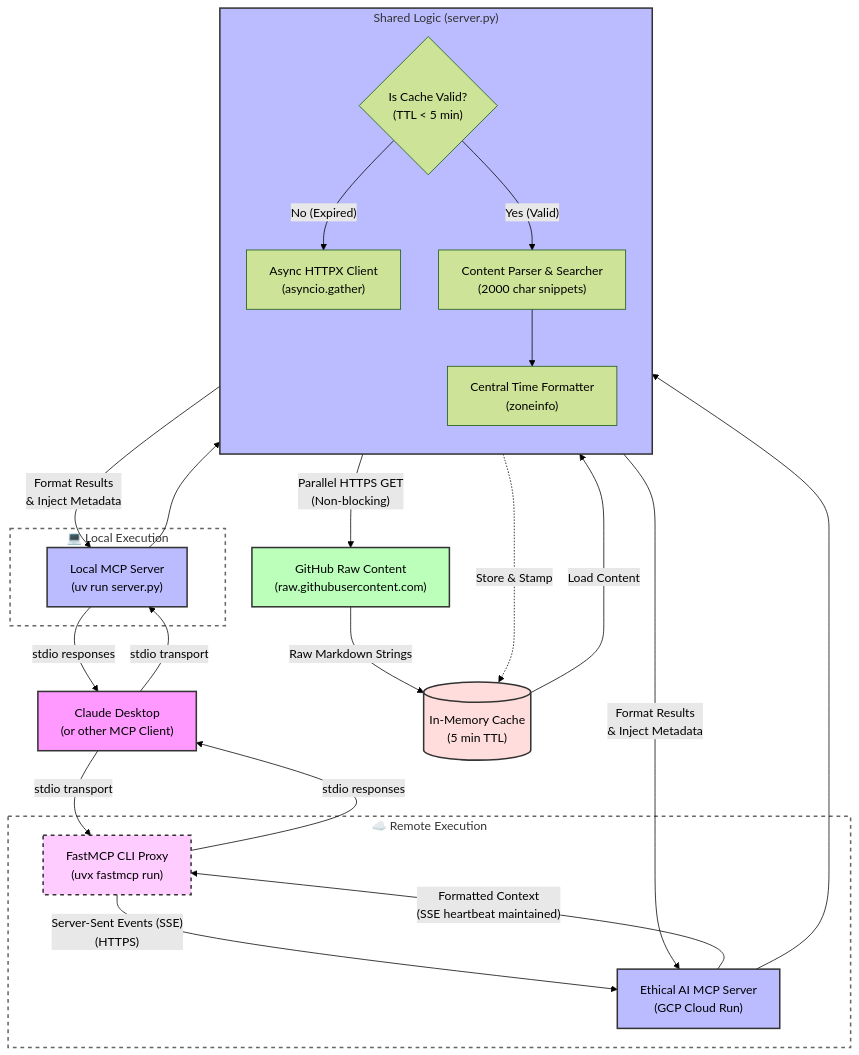
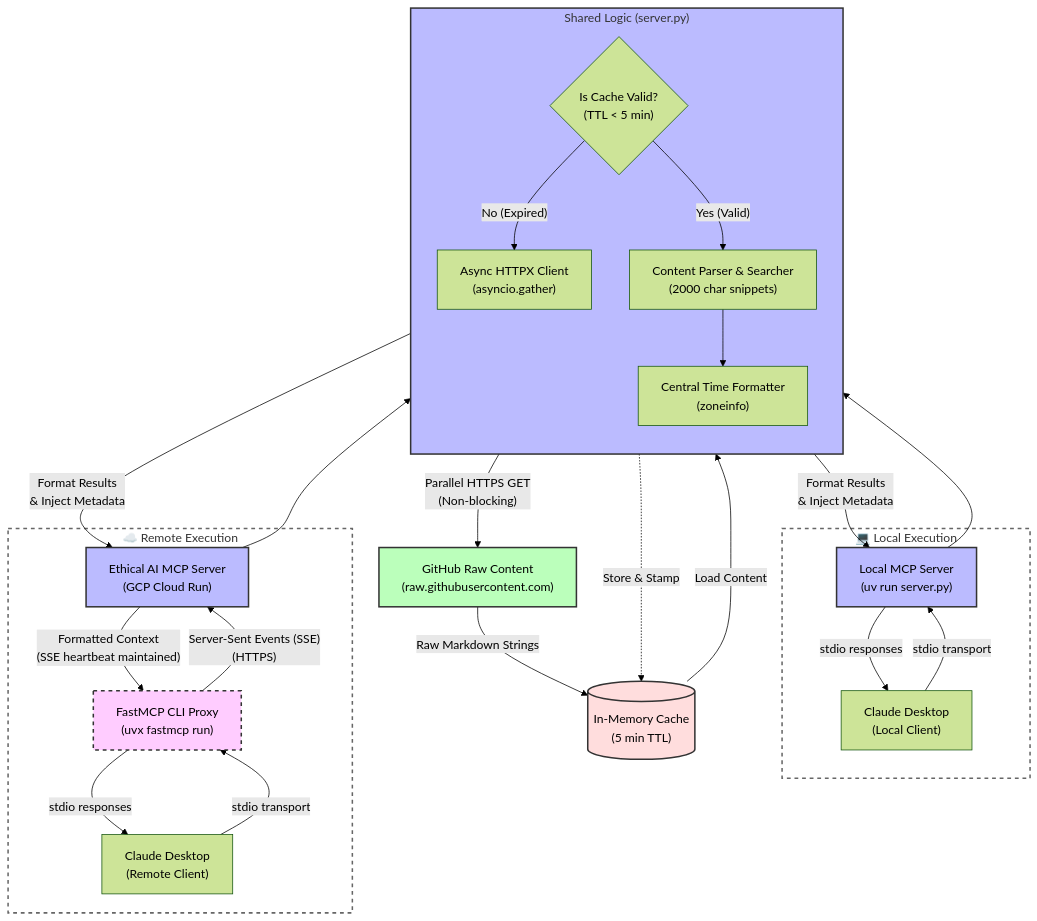
One commit to lynnlangit/learning-ethical-ai changed the diagram in 08-mcp-server/README.md. Above: the diagram before and after it, drawn with Mermaid (forest theme). The commit also changed 2 other files, not shown here.

Commit message:
update diagram again

````diff
--- a/08-mcp-server/README.md
+++ b/08-mcp-server/README.md
@@ -93,69 +93,67 @@
 ```mermaid
 flowchart TD
-    %% Define Nodes
-    Claude["Claude Desktop<br>(or other MCP Client)"]
-    
+    %% Client Setups
     subgraph Local_Setup["💻 Local Execution"]
+        ClaudeL["Claude Desktop<br>(Local Client)"]
         LocalServer["Local MCP Server<br>(uv run server.py)"]
+        ClaudeL -- "stdio transport" --> LocalServer
     end
     
     subgraph Remote_Setup["☁️ Remote Execution"]
+        ClaudeR["Claude Desktop<br>(Remote Client)"]
         FastMCPProxy["FastMCP CLI Proxy<br>(uvx fastmcp run)"]
         CloudServer["Ethical AI MCP Server<br>(GCP Cloud Run)"]
+        ClaudeR -- "stdio transport" --> FastMCPProxy
+        FastMCPProxy -- "Server-Sent Events (SSE)<br>(HTTPS)" --> CloudServer
     end
-    
-    %% Client Routing
-    Claude -- "stdio transport" --> LocalServer
-    Claude -- "stdio transport" --> FastMCPProxy
-    FastMCPProxy -- "Server-Sent Events (SSE)<br>(HTTPS)" --> CloudServer
     
     %% Shared Server Logic
     subgraph Server_Internals["Shared Logic (server.py)"]
         direction TB
         Router{"Is Cache Valid?<br>(TTL < 5 min)"}
         Fetchers["Async HTTPX Client<br>(asyncio.gather)"]
         Parser["Content Parser & Searcher<br>(2000 char snippets)"]
         Timestamp["Central Time Formatter<br>(zoneinfo)"]
     end
     
     LocalServer --> Router
     CloudServer --> Router
     
     %% Cache & External Storage
     Cache[("In-Memory Cache<br>(5 min TTL)")]
     GitHub["GitHub Raw Content<br>(raw.githubusercontent.com)"]
     
     %% Internal Logic Workflows
     Router -- "No (Expired)" --> Fetchers
     Router -- "Yes (Valid)" --> Parser
     
     Fetchers -- "Parallel HTTPS GET<br>(Non-blocking)" --> GitHub
     GitHub -- "Raw Markdown Strings" --> Cache
     Fetchers -. "Store & Stamp" .-> Cache
     
     Cache -- "Load Content" --> Parser
     Parser --> Timestamp
     
     %% Serving Results
     Timestamp -- "Format Results<br>& Inject Metadata" --> LocalServer
     Timestamp -- "Format Results<br>& Inject Metadata" --> CloudServer
     
     CloudServer -- "Formatted Context<br>(SSE heartbeat maintained)" --> FastMCPProxy
-    FastMCPProxy -- "stdio responses" --> Claude
-    LocalServer -- "stdio responses" --> Claude
+    FastMCPProxy -- "stdio responses" --> ClaudeR
+    LocalServer -- "stdio responses" --> ClaudeL
 
     %% Styling
     classDef client fill:#f9f,stroke:#333,stroke-width:2px;
     classDef server fill:#bbf,stroke:#333,stroke-width:2px;
     classDef external fill:#bfb,stroke:#333,stroke-width:2px;
     classDef cache fill:#fdd,stroke:#333,stroke-width:2px;
     classDef proxy fill:#fcf,stroke:#333,stroke-width:2px,stroke-dasharray: 5 5;
     classDef subgraphFrame fill:none,stroke:#666,stroke-width:2px,stroke-dasharray: 5 5;
     
     class Claude client
     class FastMCPProxy proxy
     class LocalServer,CloudServer,Server_Internals server
     class GitHub external
     class Cache cache
     class Local_Setup,Remote_Setup subgraphFrame
 ```
````
